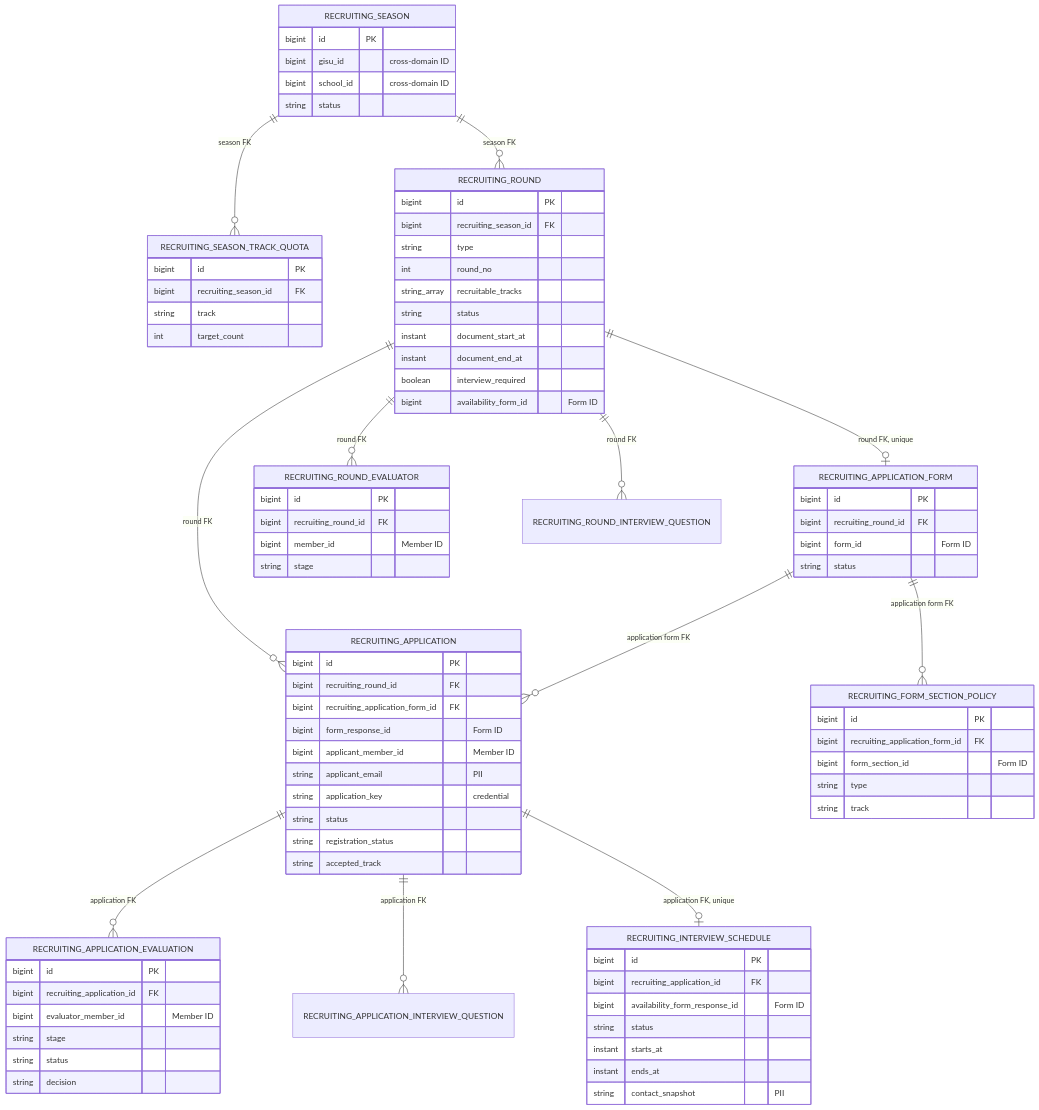
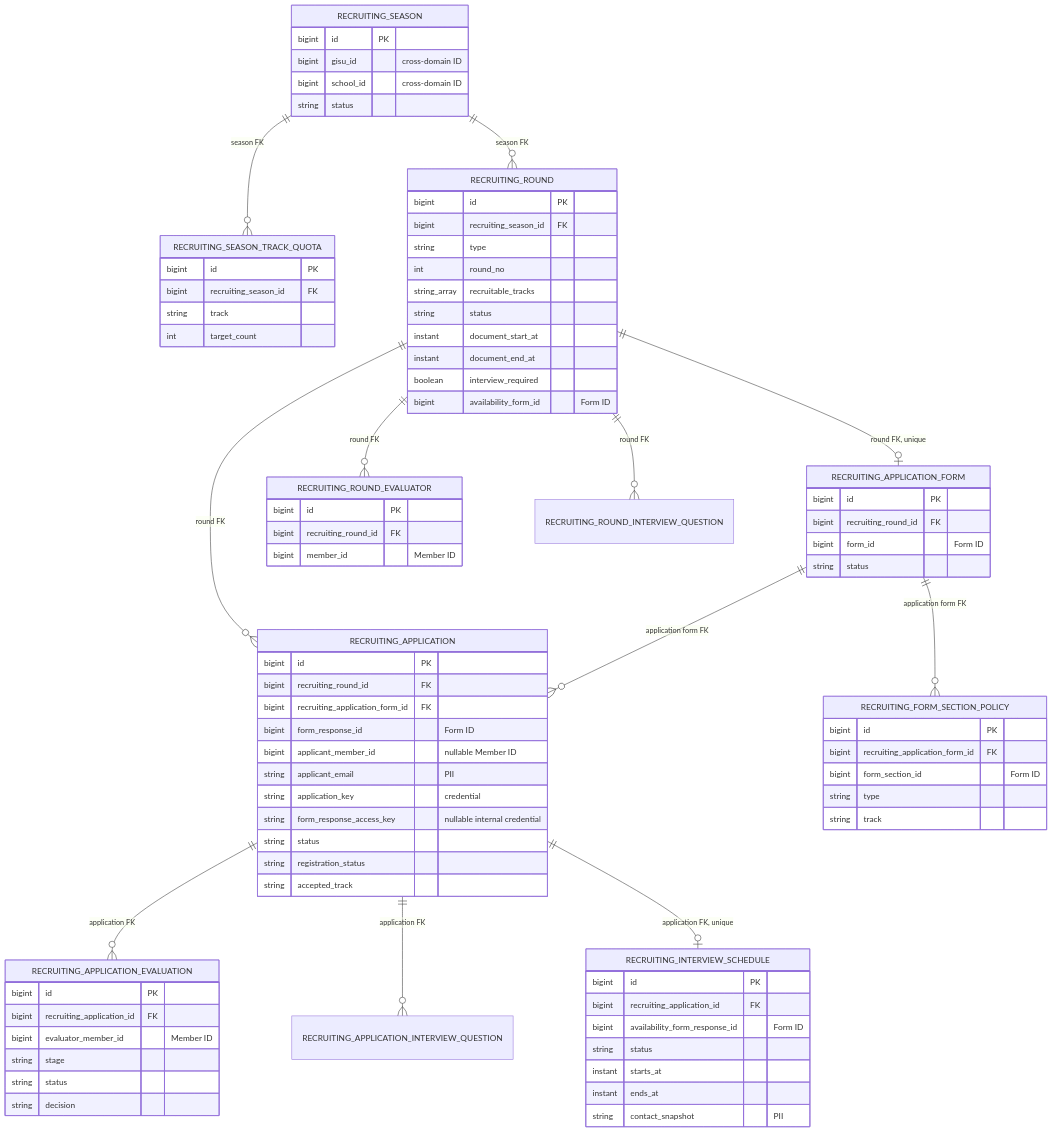
Before and after one commit to UMC-PRODUCT/cygnus-server: the first of 2 diagrams in docs/onboarding/domain/recruiting.md, drawn with Mermaid. The commit also changed other lines of this file and 3 other files, not shown here.

Commit message:
docs: update recruiting anonymous application flow

```diff
--- a/docs/onboarding/domain/recruiting.md
+++ b/docs/onboarding/domain/recruiting.md
@@ -74,9 +74,10 @@
         bigint recruiting_round_id FK
         bigint recruiting_application_form_id FK
         bigint form_response_id "Form ID"
-        bigint applicant_member_id "Member ID"
+        bigint applicant_member_id "nullable Member ID"
         string applicant_email "PII"
         string application_key "credential"
+        string form_response_access_key "nullable internal credential"
         string status
         string registration_status
         string accepted_track
@@ -85,7 +86,6 @@
         bigint id PK
         bigint recruiting_round_id FK
         bigint member_id "Member ID"
-        string stage
     }
     RECRUITING_APPLICATION_EVALUATION {
         bigint id PK
```
